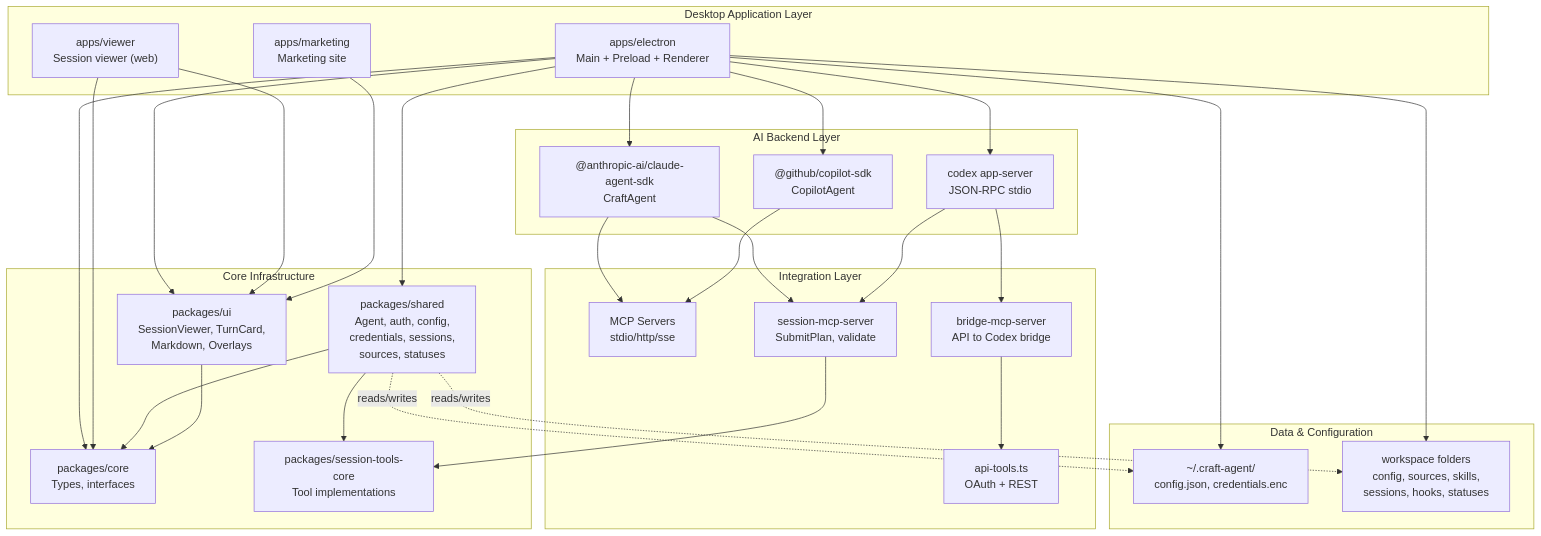
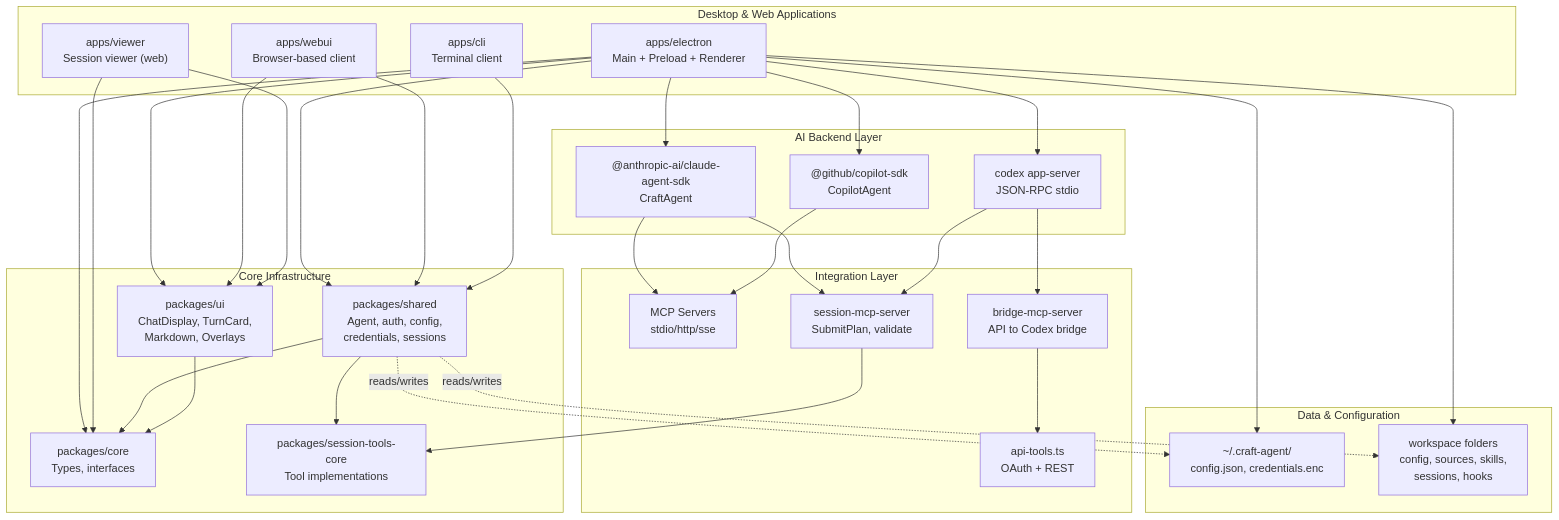
One commit to blackcater/zentree changed the first of 4 diagrams in docs/lukilabs_craft-agents-oss/architecture/index.md. Above: the diagram before and after it, drawn with Mermaid. The commit also changed other lines of this file and 232 other files, not shown here.

````diff
--- a/docs/lukilabs_craft-agents-oss/architecture/index.md
+++ b/docs/lukilabs_craft-agents-oss/architecture/index.md
@@ -52,66 +61,70 @@
 ```mermaid
 graph TB
-    subgraph Desktop["Desktop Application Layer"]
+    subgraph Desktop["Desktop & Web Applications"]
         ElectronApp["apps/electron<br/>Main + Preload + Renderer"]
+        WebUIApp["apps/webui<br/>Browser-based client"]
         ViewerApp["apps/viewer<br/>Session viewer (web)"]
-        MarketingApp["apps/marketing<br/>Marketing site"]
+        CLIApp["apps/cli<br/>Terminal client"]
     end
-
+    
     subgraph AIBackend["AI Backend Layer"]
         ClaudeSDK["@anthropic-ai/claude-agent-sdk<br/>CraftAgent"]
         CodexServer["codex app-server<br/>JSON-RPC stdio"]
         CopilotSDK["@github/copilot-sdk<br/>CopilotAgent"]
     end
-
+    
     subgraph Integration["Integration Layer"]
         MCPServers["MCP Servers<br/>stdio/http/sse"]
         BridgeMCP["bridge-mcp-server<br/>API to Codex bridge"]
         SessionMCP["session-mcp-server<br/>SubmitPlan, validate"]
         APILayer["api-tools.ts<br/>OAuth + REST"]
     end
-
+    
     subgraph CoreInfra["Core Infrastructure"]
         CorePkg["packages/core<br/>Types, interfaces"]
-        SharedPkg["packages/shared<br/>Agent, auth, config,<br/>credentials, sessions,<br/>sources, statuses"]
-        UIPkg["packages/ui<br/>SessionViewer, TurnCard,<br/>Markdown, Overlays"]
+        SharedPkg["packages/shared<br/>Agent, auth, config,<br/>credentials, sessions"]
+        UIPkg["packages/ui<br/>ChatDisplay, TurnCard,<br/>Markdown, Overlays"]
         SessionToolsPkg["packages/session-tools-core<br/>Tool implementations"]
     end
-
+    
     subgraph DataConfig["Data & Configuration"]
         GlobalConfig["~/.craft-agent/<br/>config.json, credentials.enc"]
-        WorkspaceDir["workspace folders<br/>config, sources, skills,<br/>sessions, hooks, statuses"]
+        WorkspaceDir["workspace folders<br/>config, sources, skills,<br/>sessions, hooks"]
     end
-
+    
     ElectronApp --> ClaudeSDK
     ElectronApp --> CodexServer
     ElectronApp --> CopilotSDK
-
+    
     ElectronApp --> CorePkg
     ElectronApp --> SharedPkg
     ElectronApp --> UIPkg
-
+    
+    WebUIApp --> SharedPkg
+    WebUIApp --> UIPkg
+    
     ViewerApp --> CorePkg
     ViewerApp --> UIPkg
-
-    MarketingApp --> UIPkg
-
+    
+    CLIApp --> SharedPkg
+    
     ClaudeSDK --> MCPServers
     ClaudeSDK --> SessionMCP
     CodexServer --> BridgeMCP
     CodexServer --> SessionMCP
     CopilotSDK --> MCPServers
-
+    
     BridgeMCP --> APILayer
-
+    
     SharedPkg --> CorePkg
     SharedPkg --> SessionToolsPkg
     UIPkg --> CorePkg
-
+    
     SessionMCP --> SessionToolsPkg
-
+    
     ElectronApp --> GlobalConfig
     ElectronApp --> WorkspaceDir
-
+    
     SharedPkg -.reads/writes.-> GlobalConfig
     SharedPkg -.reads/writes.-> WorkspaceDir
 ```
````
